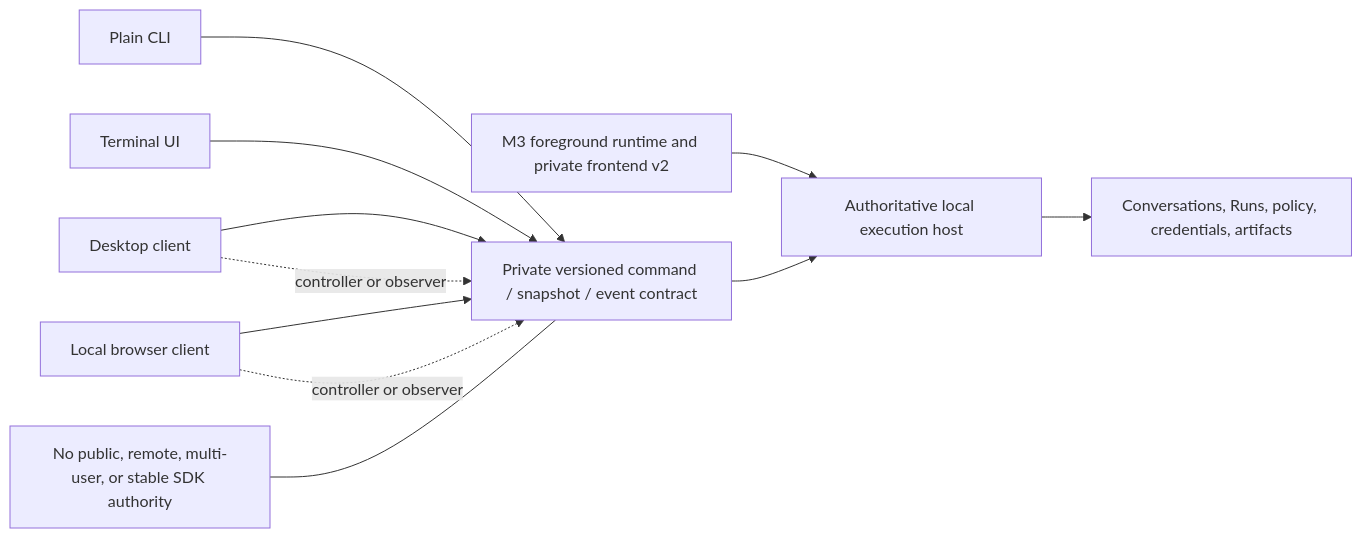
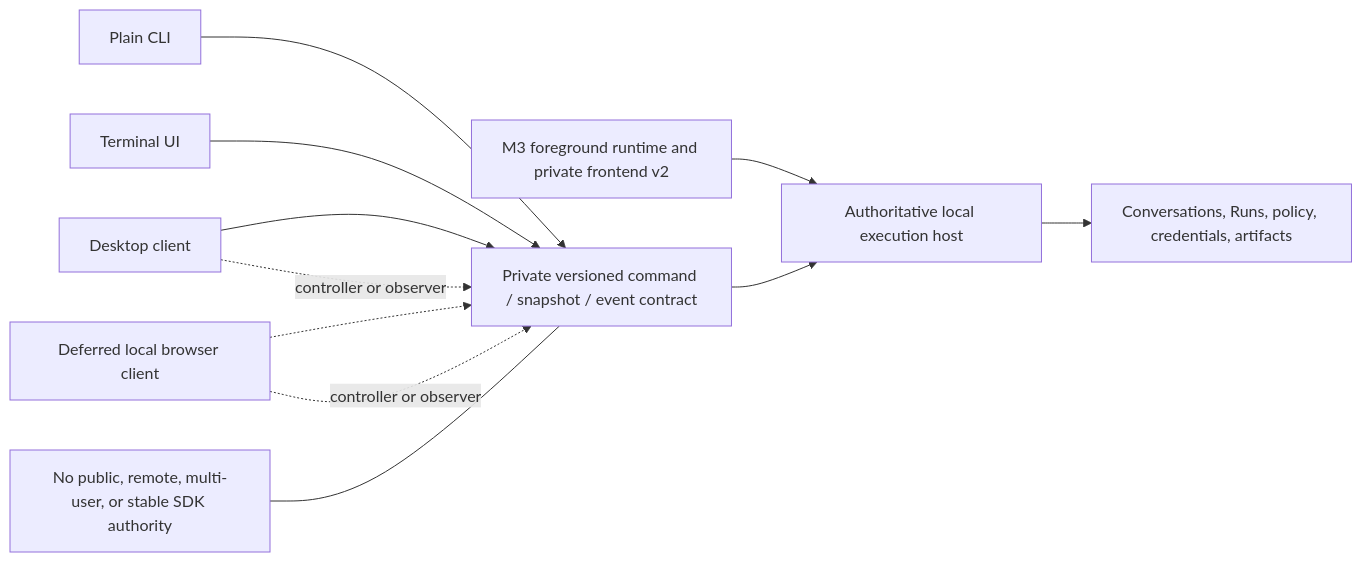
Before and after one commit to labcoder/xana: the first of 9 diagrams in docs/proposals/0022-local-multisurface-workbench-and-execution-host.md, drawn with Mermaid. The commit also changed other lines of this file and 3 other files, not shown here.

Commit message:
docs(architecture): select GPUI AI desktop stack

````diff
--- a/docs/proposals/0022-local-multisurface-workbench-and-execution-host.md
+++ b/docs/proposals/0022-local-multisurface-workbench-and-execution-host.md
@@ -50,13 +51,13 @@
 ```mermaid
 flowchart LR
     M3["M3 foreground runtime and private frontend v2"] --> HOST["Authoritative local execution host"]
     PLAIN["Plain CLI"] --> CONTRACT["Private versioned command / snapshot / event contract"]
     TUI["Terminal UI"] --> CONTRACT
     DESKTOP["Desktop client"] --> CONTRACT
-    BROWSER["Local browser client"] --> CONTRACT
+    BROWSER["Deferred local browser client"] -.-> CONTRACT
     CONTRACT --> HOST
     HOST --> STATE["Conversations, Runs, policy, credentials, artifacts"]
     DESKTOP -. "controller or observer" .-> CONTRACT
     BROWSER -. "controller or observer" .-> CONTRACT
     NOTE["No public, remote, multi-user, or stable SDK authority"] --- CONTRACT
 ```
````
